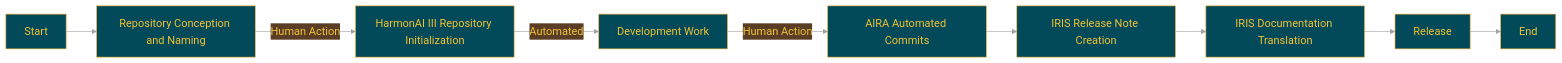
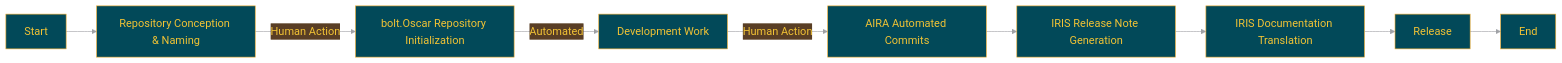
The diagram in docs/README.en.md (Sunwood-ai-labs/bolt.Oscar-aws), drawn with Mermaid before and after one commit. The commit also changed other lines of this file, not shown here.

````diff
--- a/docs/README.en.md
+++ b/docs/README.en.md
@@ -199,20 +199,20 @@
 ```mermaid
 %%{init:{'theme':'base','themeVariables':{'primaryColor':'#024959','primaryTextColor':'#F2C335','primaryBorderColor':'#F2AE30','lineColor':'#A1A2A6','secondaryColor':'#593E25','tertiaryColor':'#F2C335','noteTextColor':'#024959','noteBkgColor':'#F2C335','textColor':'#024959','fontSize':'18px'}}}%%
 
 graph LR
-    A[Start] --> B[Repository Conception and Naming]
-    B -->|Human Action| C[HarmonAI III Repository Initialization]
+    A[Start] --> B[Repository Conception & Naming]
+    B -->|Human Action| C[bolt.Oscar Repository Initialization]
     C -->|Automated| D[Development Work]
     D -->|Human Action| E[AIRA Automated Commits]
-    E --> H[IRIS Release Note Creation]
+    E --> H[IRIS Release Note Generation]
     H --> I[IRIS Documentation Translation]
     I --> J[Release]
     J --> K[End]
 
     class B,D,G human;
     class E aira;
     class F,H,I iris;
     class C auto;
     class A,J,K process;
 
 ```
````
